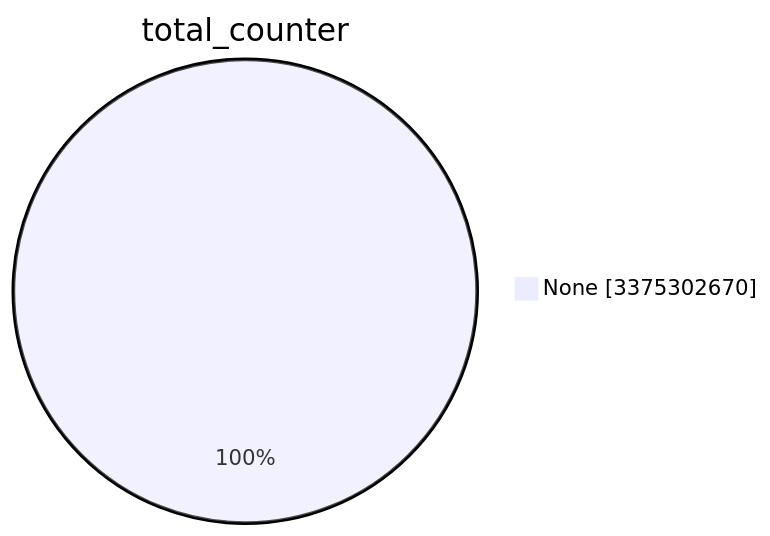
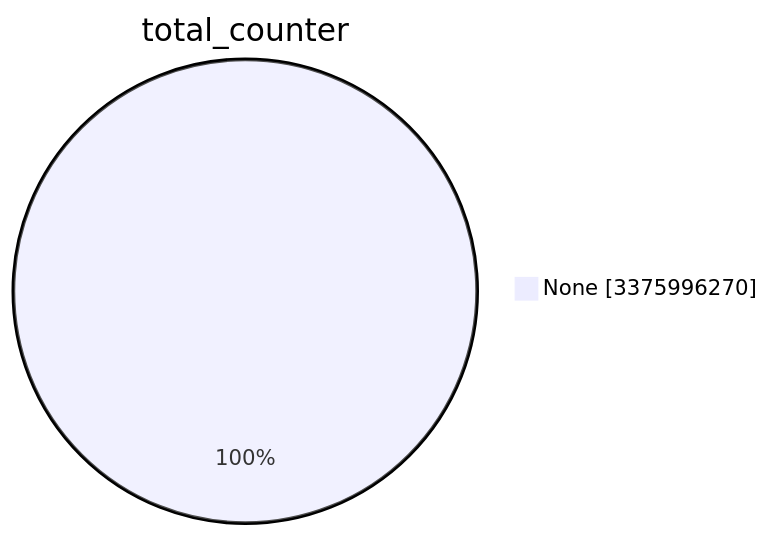
Before and after one commit to christiankrug/ctmonitor_visualization: the first of 15 diagrams in TOTAL/README.md, drawn with Mermaid. The commit also changed other lines of this file, not shown here.

````diff
--- a/TOTAL/README.md
+++ b/TOTAL/README.md
@@ -1,5 +1,5 @@
 ```mermaid
 pie showData
 title total_counter
-"None" :3375302670
+"None" :3375996270
 ```
````
